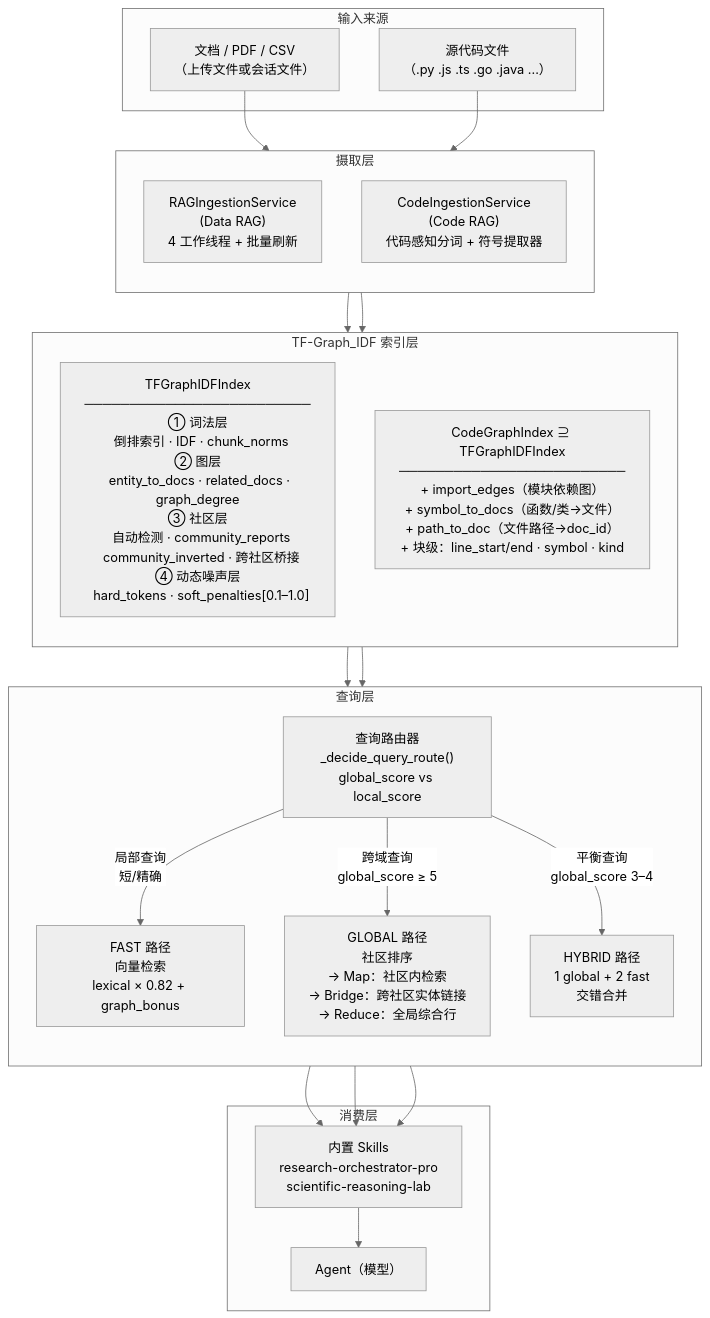
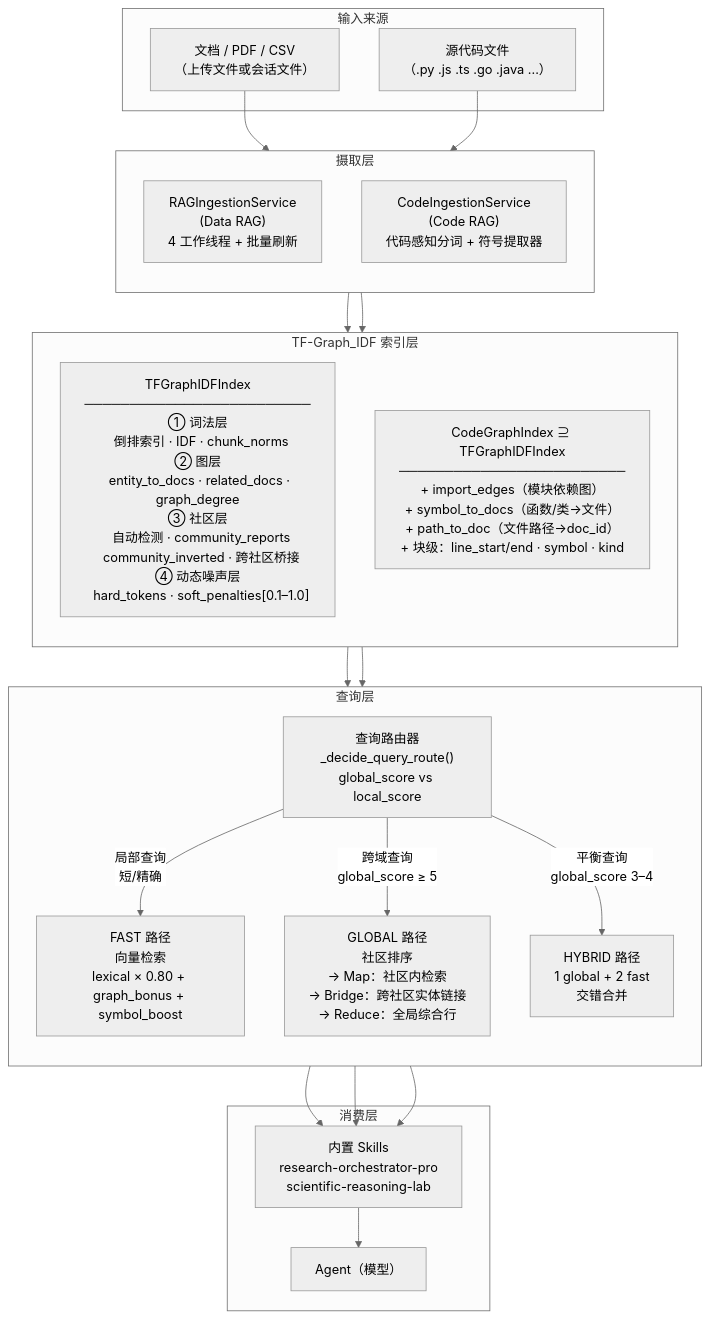
One commit to FonaTech/Clouds-Coder changed diagram 14 of 19 in README-zh.md. Above: the diagram before and after it, drawn with Mermaid (neutral theme). The commit also changed other lines of this file and 17 other files, not shown here.

````diff
--- a/README-zh.md
+++ b/README-zh.md
@@ -805,40 +806,40 @@
 ```mermaid
 flowchart TB
   subgraph INPUT["输入来源"]
     D["文档 / PDF / CSV\n（上传文件或会话文件）"]
     C["源代码文件\n（.py .js .ts .go .java ...）"]
   end
 
   subgraph INGEST["摄取层"]
     direction TB
     RI["RAGIngestionService\n(Data RAG)\n4 工作线程 + 批量刷新"]
     CI["CodeIngestionService\n(Code RAG)\n代码感知分词 + 符号提取器"]
   end
 
   subgraph INDEX["TF-Graph_IDF 索引层"]
     direction TB
     TGI["TFGraphIDFIndex\n─────────────────────────\n① 词法层\n  倒排索引 · IDF · chunk_norms\n② 图层\n  entity_to_docs · related_docs · graph_degree\n③ 社区层\n  自动检测 · community_reports\n  community_inverted · 跨社区桥接\n④ 动态噪声层\n  hard_tokens · soft_penalties[0.1–1.0]"]
     CGI["CodeGraphIndex ⊇ TFGraphIDFIndex\n─────────────────────────\n+ import_edges（模块依赖图）\n+ symbol_to_docs（函数/类→文件）\n+ path_to_doc（文件路径→doc_id）\n+ 块级：line_start/end · symbol · kind"]
   end
 
   subgraph QUERY["查询层"]
     direction TB
     QR["查询路由器\n_decide_query_route()\nglobal_score vs local_score"]
-    F["FAST 路径\n向量检索\nlexical × 0.82 + graph_bonus"]
+    F["FAST 路径\n向量检索\nlexical × 0.80 + graph_bonus + symbol_boost"]
     G["GLOBAL 路径\n社区排序\n→ Map：社区内检索\n→ Bridge：跨社区实体链接\n→ Reduce：全局综合行"]
     H["HYBRID 路径\n1 global + 2 fast\n交错合并"]
   end
 
   subgraph OUT["消费层"]
     SK["内置 Skills\nresearch-orchestrator-pro\nscientific-reasoning-lab"]
     AG["Agent（模型）"]
   end
 
   D --> RI --> TGI
   C --> CI --> CGI
   TGI & CGI --> QR
   QR -->|"局部查询\n短/精确"| F
   QR -->|"跨域查询\nglobal_score ≥ 5"| G
   QR -->|"平衡查询\nglobal_score 3–4"| H
   F & G & H --> SK --> AG
 ```
````
